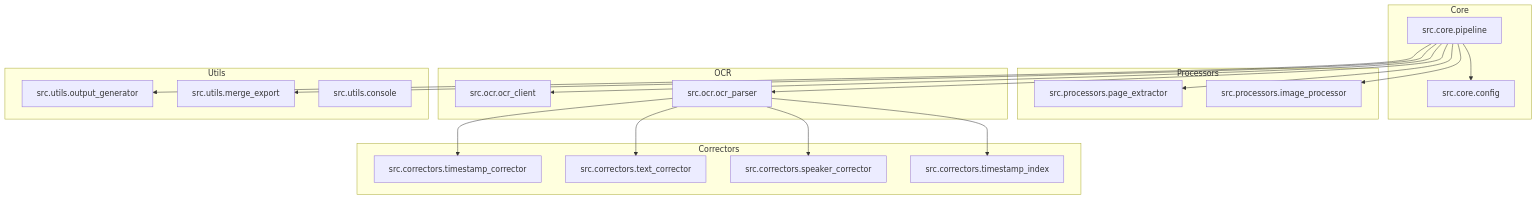
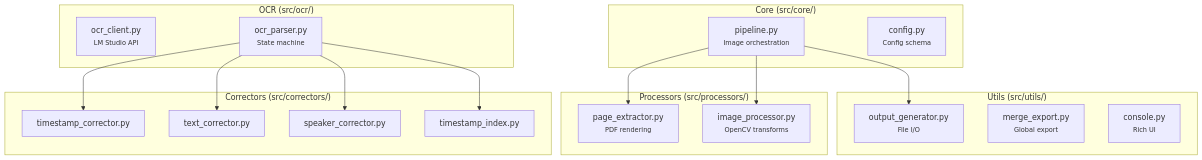
One commit to JeanLouisParent/Nasa-Transcript-Processor changed the third of 5 diagrams in docs/ARCHITECTURE.md. Above: the diagram before and after it, drawn with Mermaid. The commit also changed other lines of this file and 10 other files, not shown here.

First line of the commit message:
Refactor documentation and add JSON Schema validation

````diff
--- a/docs/ARCHITECTURE.md
+++ b/docs/ARCHITECTURE.md
@@ -132,36 +162,38 @@
 ```mermaid
 flowchart TB
-    subgraph Core
-        PIPELINE[src.core.pipeline] --> CONFIG[src.core.config]
-    end
-    subgraph Processors
-        EXTRACT[src.processors.page_extractor]
-        IMAGE[src.processors.image_processor]
-    end
-    subgraph OCR
-        CLIENT[src.ocr.ocr_client]
-        PARSER[src.ocr.ocr_parser]
-    end
-    subgraph Correctors
-        TS[src.correctors.timestamp_corrector]
-        TXT[src.correctors.text_corrector]
-        SPK[src.correctors.speaker_corrector]
-        IDX[src.correctors.timestamp_index]
-    end
-    subgraph Utils
-        OUT[src.utils.output_generator]
-        MERGE[src.utils.merge_export]
-        CONSOLE[src.utils.console]
+    subgraph Core ["Core (src/core/)"]
+        PIPE[pipeline.py<br/><small>Image orchestration</small>]
+        CONF[config.py<br/><small>Config schema</small>]
     end
 
-    PIPELINE --> EXTRACT
-    PIPELINE --> IMAGE
-    PIPELINE --> OUT
-    PIPELINE --> CLIENT
-    PIPELINE --> PARSER
-    PIPELINE --> MERGE
-    PARSER --> TS
-    PARSER --> TXT
-    PARSER --> SPK
-    PARSER --> IDX
+    subgraph Processors ["Processors (src/processors/)"]
+        EXTM[page_extractor.py<br/><small>PDF rendering</small>]
+        IMGM[image_processor.py<br/><small>OpenCV transforms</small>]
+    end
+
+    subgraph OCRMod ["OCR (src/ocr/)"]
+        CLIENT[ocr_client.py<br/><small>LM Studio API</small>]
+        PARSER[ocr_parser.py<br/><small>State machine</small>]
+    end
+
+    subgraph Correctors ["Correctors (src/correctors/)"]
+        TSC[timestamp_corrector.py]
+        TXC[text_corrector.py]
+        SPC[speaker_corrector.py]
+        TSI[timestamp_index.py]
+    end
+
+    subgraph Utils ["Utils (src/utils/)"]
+        OUTG[output_generator.py<br/><small>File I/O</small>]
+        MERG[merge_export.py<br/><small>Global export</small>]
+        CONS[console.py<br/><small>Rich UI</small>]
+    end
+
+    PIPE --> EXTM
+    PIPE --> IMGM
+    PIPE --> OUTG
+    PARSER --> TSC
+    PARSER --> TXC
+    PARSER --> SPC
+    PARSER --> TSI
 ```
````
